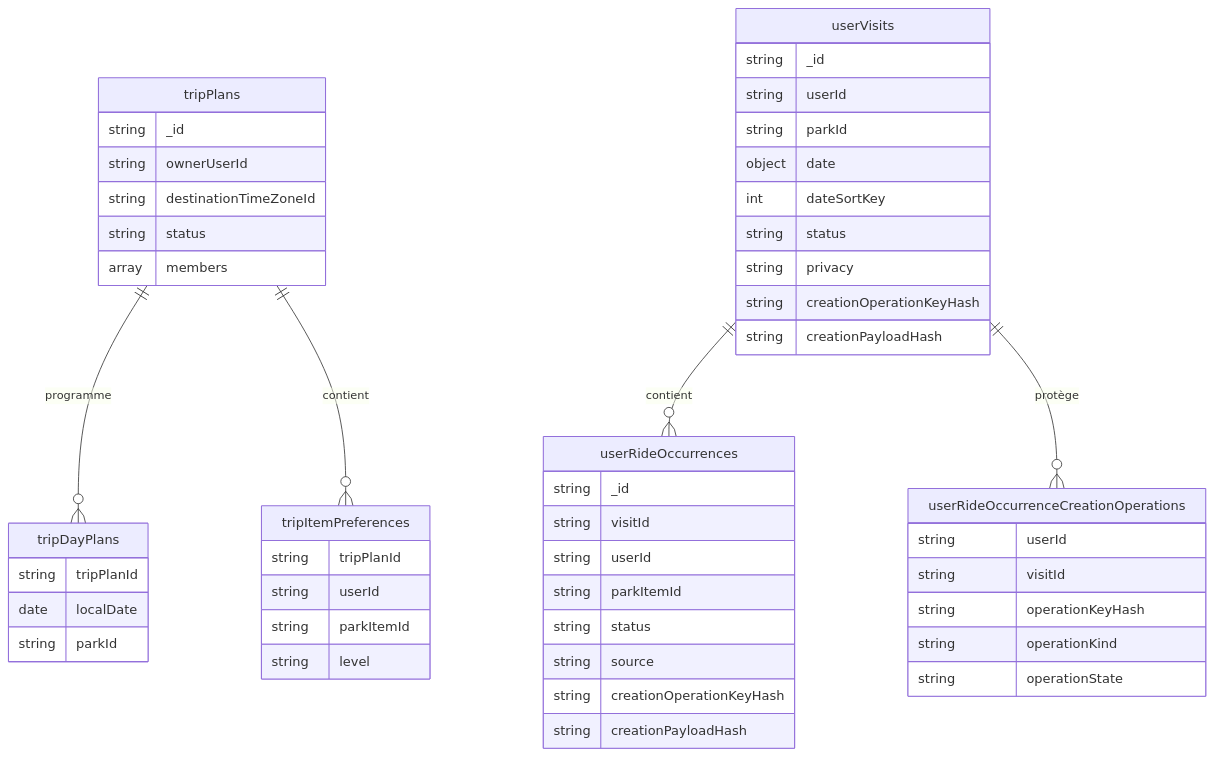
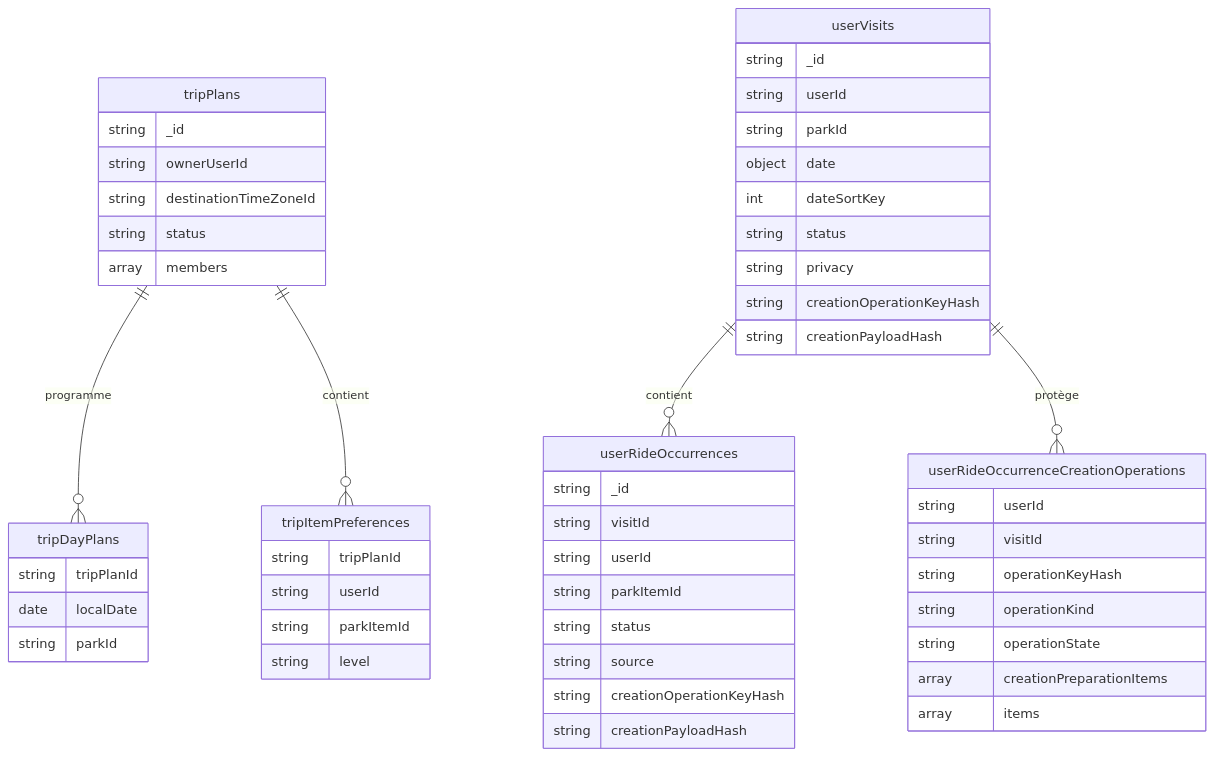
The fifth of 5 diagrams in docs/architecture/product-growth-trip-12-passport-transition-2026-09-25.md (Ced59/AmusementParkProject), drawn with Mermaid before and after one commit. The commit also changed other lines of this file and 38 other files, not shown here.

````diff
--- a/docs/architecture/product-growth-trip-12-passport-transition-2026-09-25.md
+++ b/docs/architecture/product-growth-trip-12-passport-transition-2026-09-25.md
@@ -223,54 +235,56 @@
 ```mermaid
 erDiagram
     tripPlans ||--o{ tripDayPlans : programme
     tripPlans ||--o{ tripItemPreferences : contient
     userVisits ||--o{ userRideOccurrences : contient
     userVisits ||--o{ userRideOccurrenceCreationOperations : protège
 
     tripPlans {
       string _id
       string ownerUserId
       string destinationTimeZoneId
       string status
       array members
     }
     tripDayPlans {
       string tripPlanId
       date localDate
       string parkId
     }
     tripItemPreferences {
       string tripPlanId
       string userId
       string parkItemId
       string level
     }
     userVisits {
       string _id
       string userId
       string parkId
       object date
       int dateSortKey
       string status
       string privacy
       string creationOperationKeyHash
       string creationPayloadHash
     }
     userRideOccurrences {
       string _id
       string visitId
       string userId
       string parkItemId
       string status
       string source
       string creationOperationKeyHash
       string creationPayloadHash
     }
     userRideOccurrenceCreationOperations {
       string userId
       string visitId
       string operationKeyHash
       string operationKind
       string operationState
+      array creationPreparationItems
+      array items
     }
 ```
````
